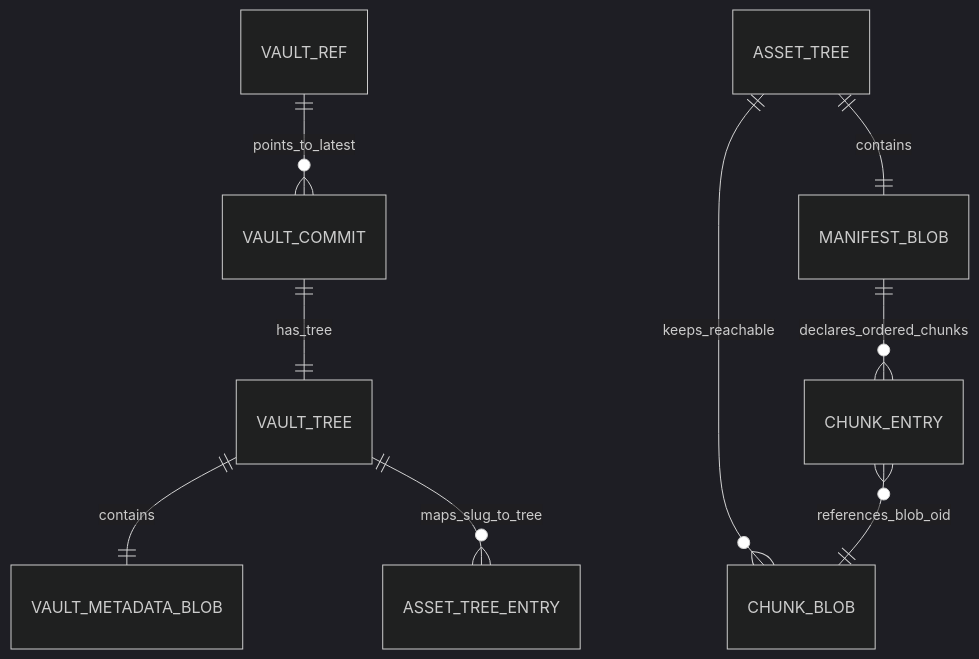
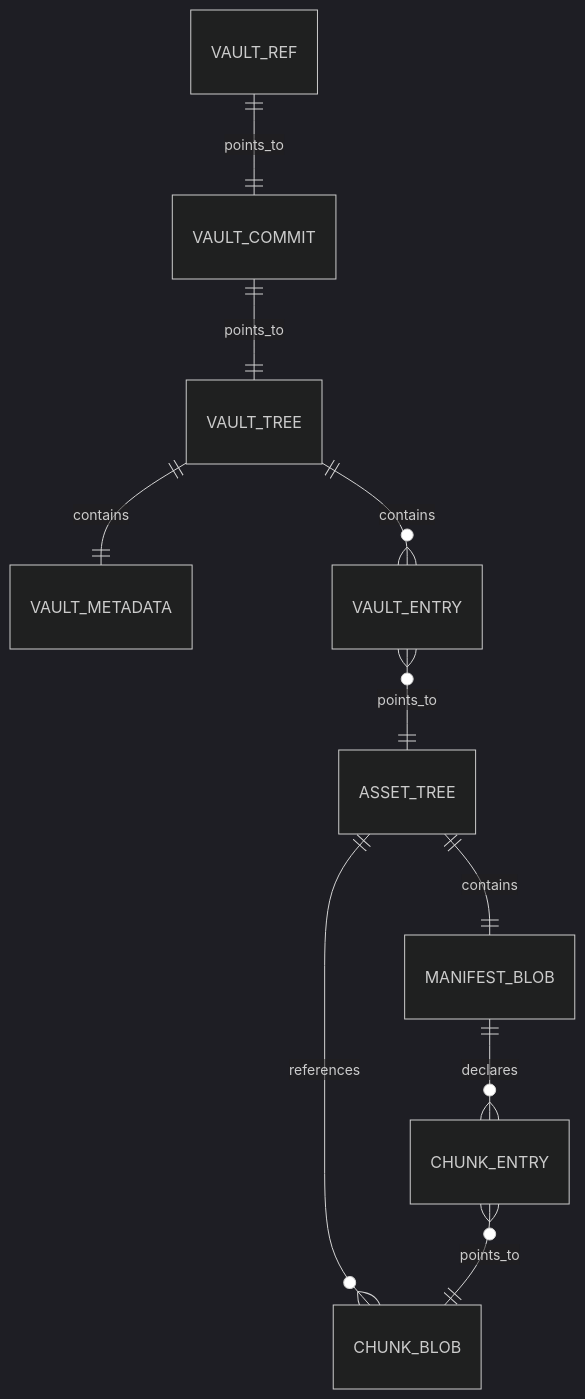
Before and after one commit to git-stunts/git-cas: the eighth of 33 diagrams in docs/TECHNICAL_TEARDOWN.md, drawn with Mermaid (dark theme). The commit also changed other lines of this file, not shown here.

````diff
--- a/docs/TECHNICAL_TEARDOWN.md
+++ b/docs/TECHNICAL_TEARDOWN.md
@@ -376,11 +458,12 @@
 ```mermaid
 erDiagram
-    VAULT_REF ||--o{ VAULT_COMMIT : points_to_latest
-    VAULT_COMMIT ||--|| VAULT_TREE : has_tree
-    VAULT_TREE ||--|| VAULT_METADATA_BLOB : contains
-    VAULT_TREE ||--o{ ASSET_TREE_ENTRY : maps_slug_to_tree
     ASSET_TREE ||--|| MANIFEST_BLOB : contains
-    ASSET_TREE ||--o{ CHUNK_BLOB : keeps_reachable
-    MANIFEST_BLOB ||--o{ CHUNK_ENTRY : declares_ordered_chunks
-    CHUNK_ENTRY }o--|| CHUNK_BLOB : references_blob_oid
+    ASSET_TREE ||--o{ CHUNK_BLOB : references
+    MANIFEST_BLOB ||--o{ CHUNK_ENTRY : declares
+    CHUNK_ENTRY }o--|| CHUNK_BLOB : points_to
+    VAULT_REF ||--|| VAULT_COMMIT : points_to
+    VAULT_COMMIT ||--|| VAULT_TREE : points_to
+    VAULT_TREE ||--|| VAULT_METADATA : contains
+    VAULT_TREE ||--o{ VAULT_ENTRY : contains
+    VAULT_ENTRY }o--|| ASSET_TREE : points_to
 ```
````
